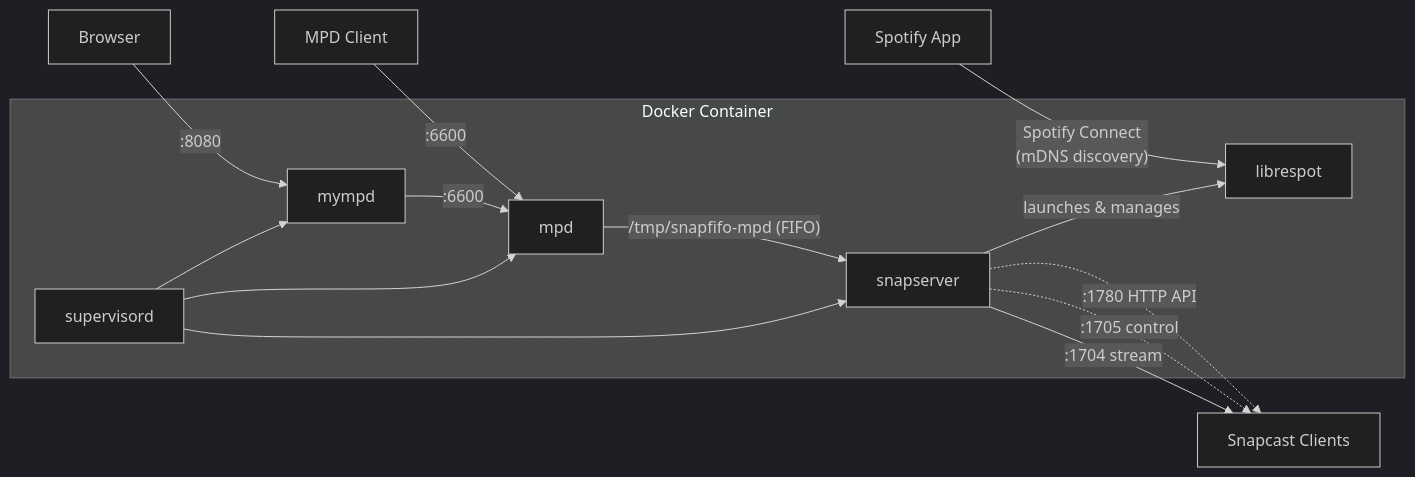
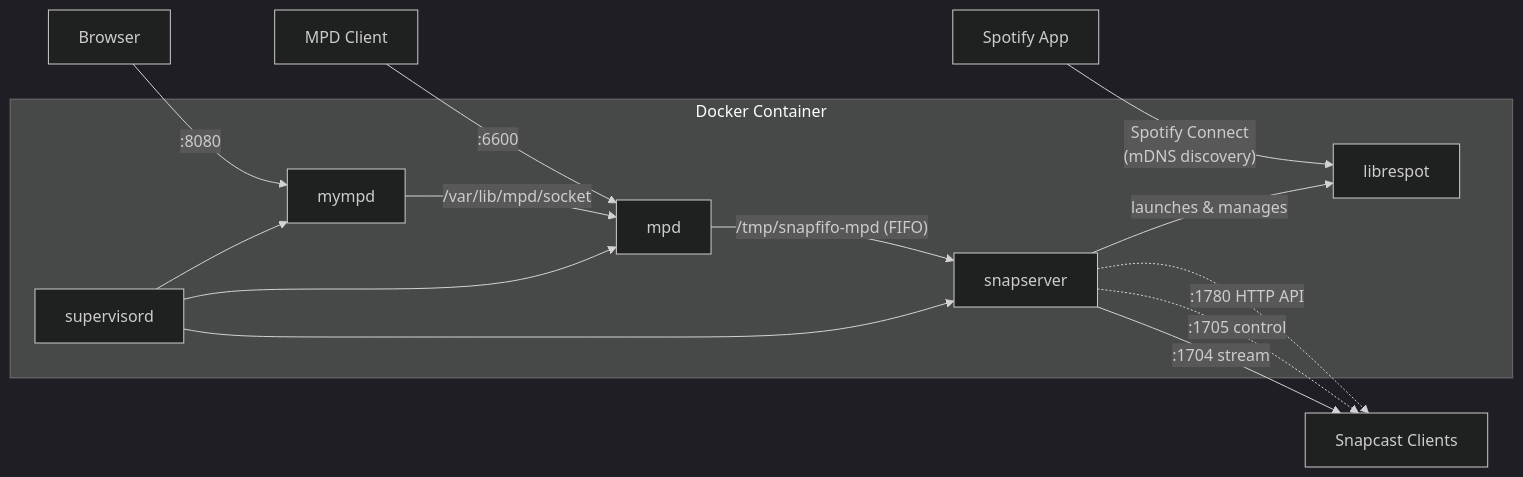
The diagram in README.md (rnestler/docker-multiroom-audio), drawn with Mermaid (dark theme) before and after one commit. The commit also changed 2 other files, not shown here.

Commit message:
Use socket to connect mympd to mpd
This allows it to get the music folder.

````diff
--- a/README.md
+++ b/README.md
@@ -10,19 +10,19 @@
 ```mermaid
 graph LR
     subgraph Docker Container
         supervisord --> snapserver
         supervisord --> mpd
         supervisord --> mympd
 
         snapserver -- "launches & manages" --> librespot
         mpd -- "/tmp/snapfifo-mpd (FIFO)" --> snapserver
-        mympd -- ":6600" --> mpd
+        mympd -- "/var/lib/mpd/socket" --> mpd
     end
 
     Spotify["Spotify App"] -- "Spotify Connect\n(mDNS discovery)" --> librespot
     MPDClient["MPD Client"] -- ":6600" --> mpd
     Browser["Browser"] -- ":8080" --> mympd
     snapserver -- ":1704 stream" --> SnapClient["Snapcast Clients"]
     snapserver -. ":1705 control" .-> SnapClient
     snapserver -. ":1780 HTTP API" .-> SnapClient
 ```
````
